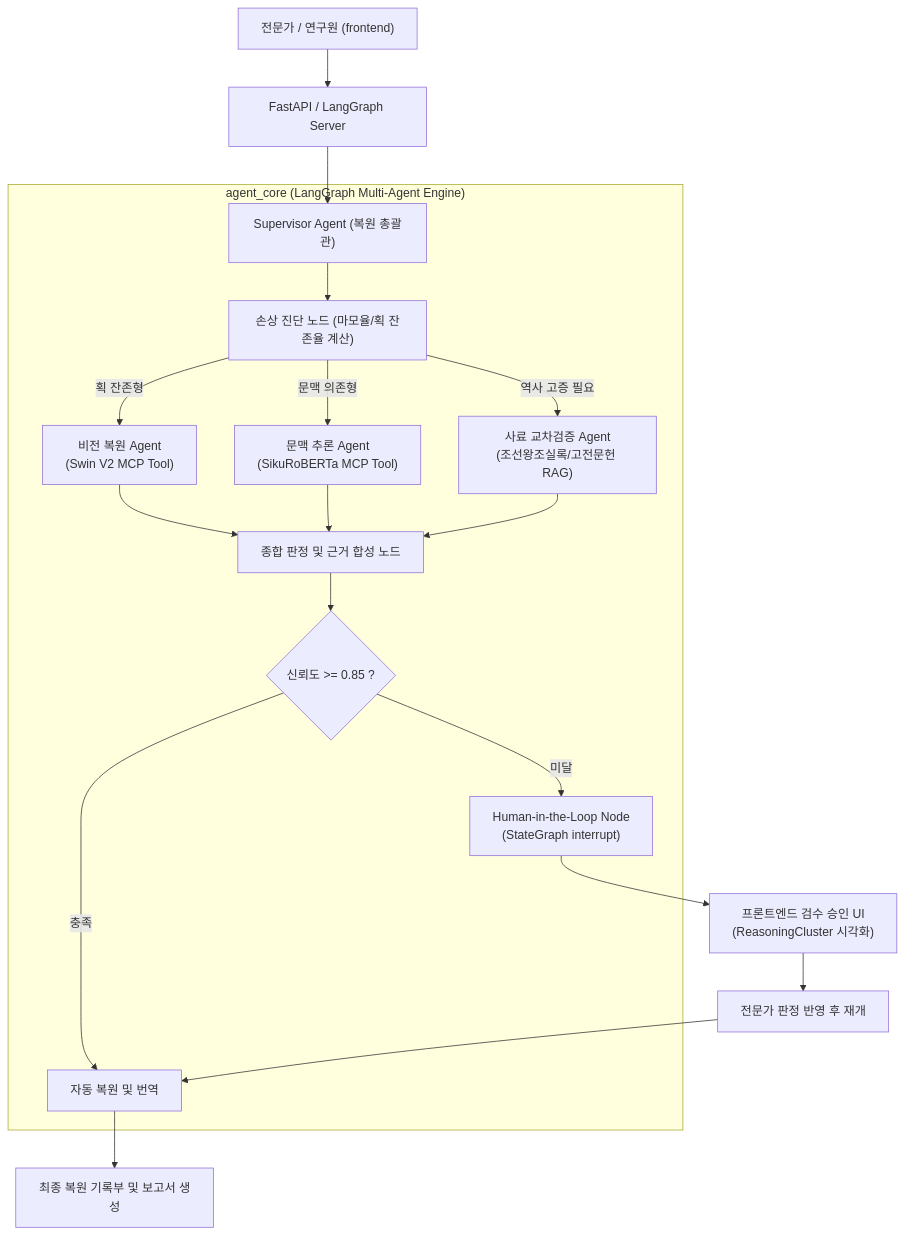
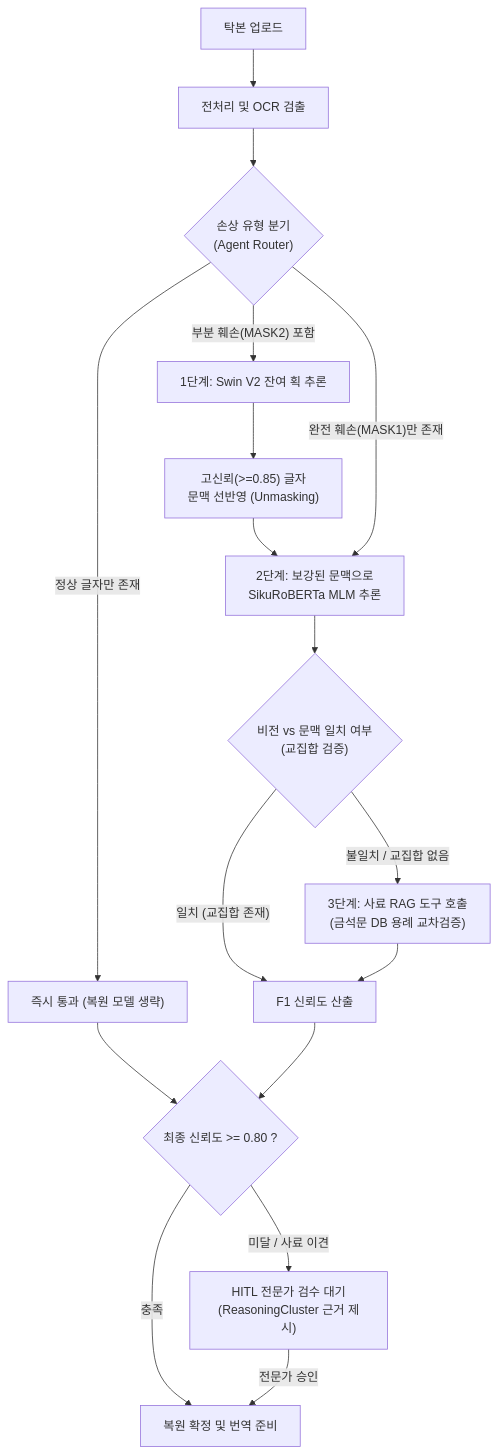
Before and after one commit to rntqkdl/epitext-ai-agent: the second of 2 diagrams in README.md, drawn with Mermaid. The commit also changed other lines of this file and 1 other file, not shown here.

````diff
--- a/README.md
+++ b/README.md
@@ -18,26 +64,25 @@
 ```mermaid
 flowchart TD
-    User["전문가 / 연구원 (frontend)"] --> API["FastAPI / LangGraph Server"]
-    API --> Supervisor["Supervisor Agent (복원 총괄관)"]
+    Upload["탁본 업로드"] --> PreOCR["전처리 및 OCR 검출"]
+    PreOCR --> Triage{"손상 유형 분기\n(Agent Router)"}
 
-    subgraph Agent_Core["agent_core (LangGraph Multi-Agent Engine)"]
-        Supervisor --> DamageClassifier["손상 진단 노드 (마모율/획 잔존율 계산)"]
-        
-        DamageClassifier -->|"획 잔존형"| VisionAgent["비전 복원 Agent\n(Swin V2 MCP Tool)"]
-        DamageClassifier -->|"문맥 의존형"| ContextAgent["문맥 추론 Agent\n(SikuRoBERTa MCP Tool)"]
-        DamageClassifier -->|"역사 고증 필요"| HistoryRAG["사료 교차검증 Agent\n(조선왕조실록/고전문헌 RAG)"]
-        
-        VisionAgent --> DecisionAggregator["종합 판정 및 근거 합성 노드"]
-        ContextAgent --> DecisionAggregator
-        HistoryRAG --> DecisionAggregator
+    Triage -->|"정상 글자만 존재"| FastPass["즉시 통과 (복원 모델 생략)"]
+    Triage -->|"부분 훼손(MASK2) 포함"| Step1_Swin["1단계: Swin V2 잔여 획 추론"]
+    
+    Step1_Swin --> UnmaskCheck["고신뢰(>=0.85) 글자\n문맥 선반영 (Unmasking)"]
+    UnmaskCheck --> Step2_MLM["2단계: 보강된 문맥으로\nSikuRoBERTa MLM 추론"]
+    Triage -->|"완전 훼손(MASK1)만 존재"| Step2_MLM
 
-        DecisionAggregator --> ConfidenceGate{"신뢰도 >= 0.85 ?"}
-        ConfidenceGate -->|"충족"| AutoApprove["자동 복원 및 번역"]
-        ConfidenceGate -->|"미달"| HITLInterrupt["Human-in-the-Loop Node\n(StateGraph interrupt)"]
-    end
+    Step2_MLM --> ConflictGate{"비전 vs 문맥 일치 여부\n(교집합 검증)"}
+    
+    ConflictGate -->|"일치 (교집합 존재)"| F1Score["F1 신뢰도 산출"]
+    ConflictGate -->|"불일치 / 교집합 없음"| RAGTool["3단계: 사료 RAG 도구 호출\n(금석문 DB 용례 교차검증)"]
+    
+    RAGTool --> F1Score
+    FastPass --> FinalGate{"최종 신뢰도 >= 0.80 ?"}
+    F1Score --> FinalGate
 
-    HITLInterrupt --> FrontendReview["프론트엔드 검수 승인 UI\n(ReasoningCluster 시각화)"]
-    FrontendReview --> ResumeGraph["전문가 판정 반영 후 재개"]
-    ResumeGraph --> AutoApprove
-    AutoApprove --> Report["최종 복원 기록부 및 보고서 생성"]
+    FinalGate -->|"충족"| AutoSave["복원 확정 및 번역 준비"]
+    FinalGate -->|"미달 / 사료 이견"| HITLNode["HITL 전문가 검수 대기\n(ReasoningCluster 근거 제시)"]
+    HITLNode -->|"전문가 승인"| AutoSave
 ```
````
